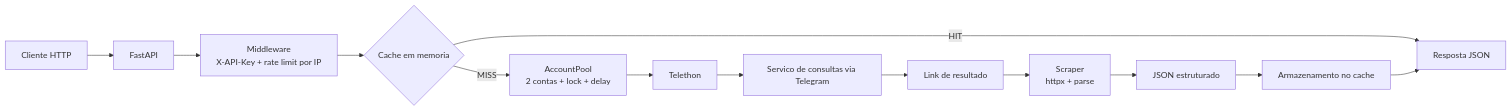
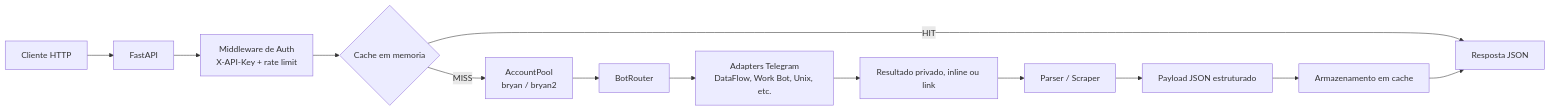
The diagram in README.md (SouBryan/consultas-api), drawn with Mermaid before and after one commit. The commit also changed other lines of this file and 15 other files, not shown here.

````diff
--- a/README.md
+++ b/README.md
@@ -27,15 +33,15 @@
 ```mermaid
 flowchart LR
     A[Cliente HTTP] --> B[FastAPI]
-    B --> C[Middleware<br/>X-API-Key + rate limit por IP]
+    B --> C[Middleware de Auth<br/>X-API-Key + rate limit]
     C --> D{Cache em memoria}
     D -- HIT --> E[Resposta JSON]
-    D -- MISS --> F[AccountPool<br/>2 contas + lock + delay]
-    F --> G[Telethon]
-    G --> H[Servico de consultas via Telegram]
-    H --> I[Link de resultado]
-    I --> J[Scraper<br/>httpx + parse]
-    J --> K[JSON estruturado]
-    K --> L[Armazenamento no cache]
+    D -- MISS --> F[AccountPool<br/>bryan / bryan2]
+    F --> G[BotRouter]
+    G --> H[Adapters Telegram<br/>DataFlow, Work Bot, Unix, etc.]
+    H --> I[Resultado privado, inline ou link]
+    I --> J[Parser / Scraper]
+    J --> K[Payload JSON estruturado]
+    K --> L[Armazenamento em cache]
     L --> E
 ```
````
